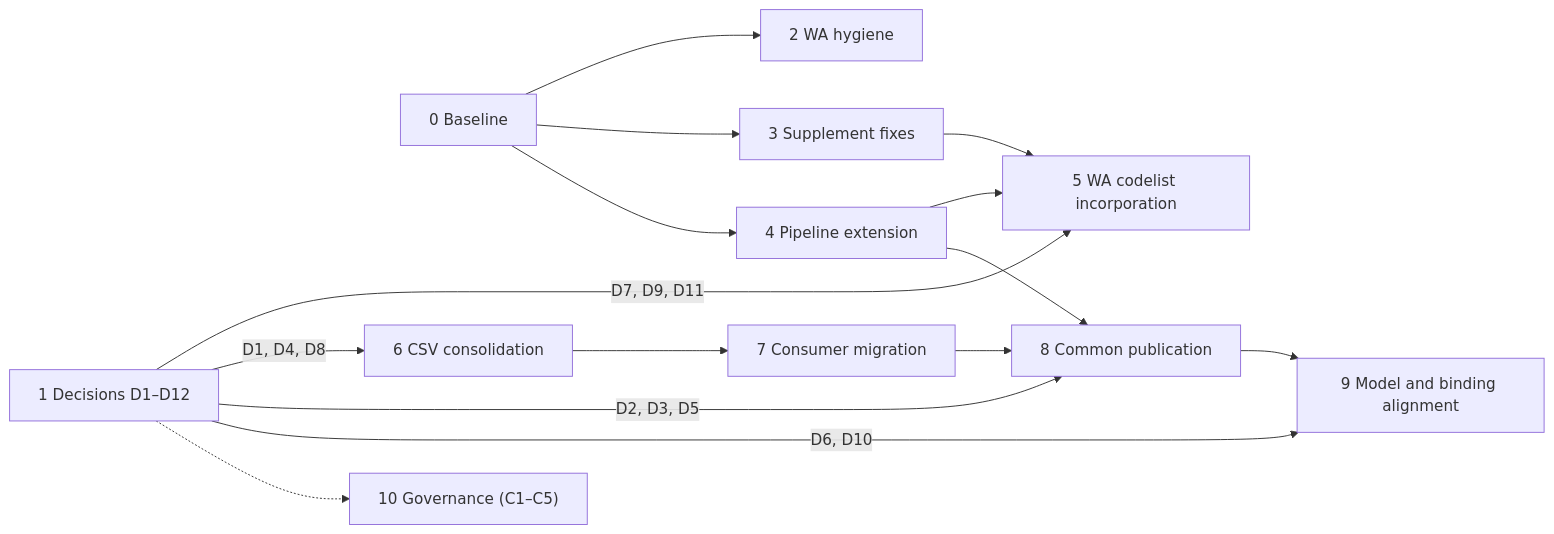
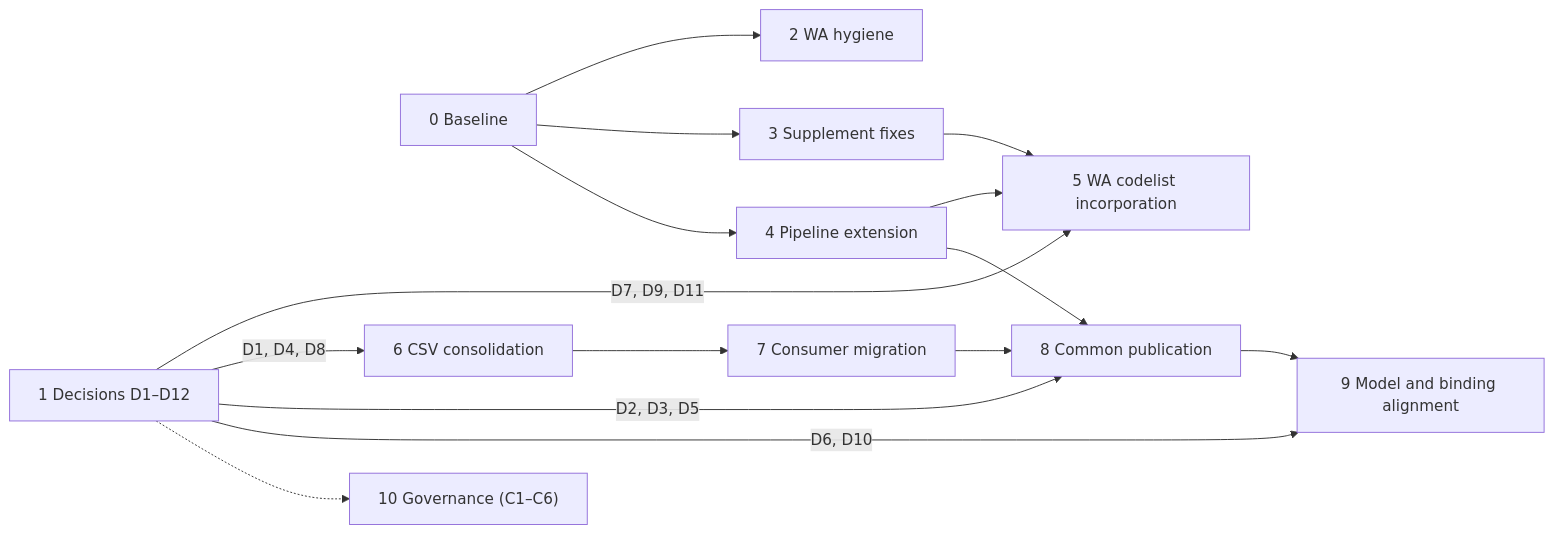
The diagram in proposals/development/vocabularies/vocab-remediation-plan.md (surroundaustralia/3d-csdm-profile-wa), drawn with Mermaid before and after one commit. The commit also changed other lines of this file and 26 other files, not shown here.

````diff
--- a/proposals/development/vocabularies/vocab-remediation-plan.md
+++ b/proposals/development/vocabularies/vocab-remediation-plan.md
@@ -34,17 +34,17 @@
 ```mermaid
 flowchart LR
   S0["0 Baseline"] --> S2["2 WA hygiene"]
   S0 --> S3["3 Supplement fixes"]
   S0 --> S4["4 Pipeline extension"]
   S1["1 Decisions D1–D12"] -->|"D7, D9, D11"| S5
   S3 --> S5["5 WA codelist incorporation"]
   S4 --> S5
   S1 -->|"D1, D4, D8"| S6["6 CSV consolidation"]
   S6 --> S7["7 Consumer migration"]
   S1 -->|"D2, D3, D5"| S8["8 Common publication"]
   S4 --> S8
   S7 --> S8
   S8 --> S9["9 Model and binding alignment"]
   S1 -->|"D6, D10"| S9
-  S1 -.-> S10["10 Governance (C1–C5)"]
+  S1 -.-> S10["10 Governance (C1–C6)"]
 ```
````
